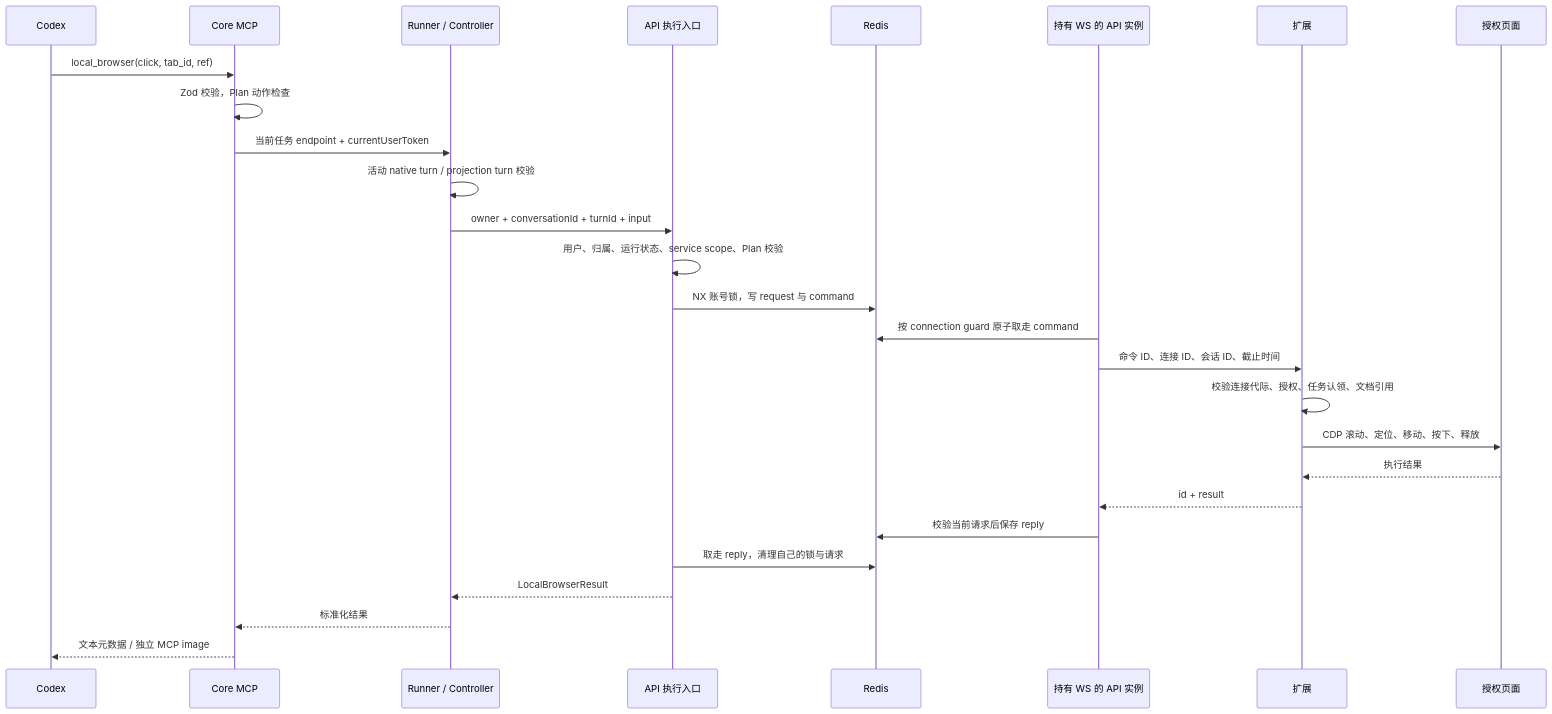
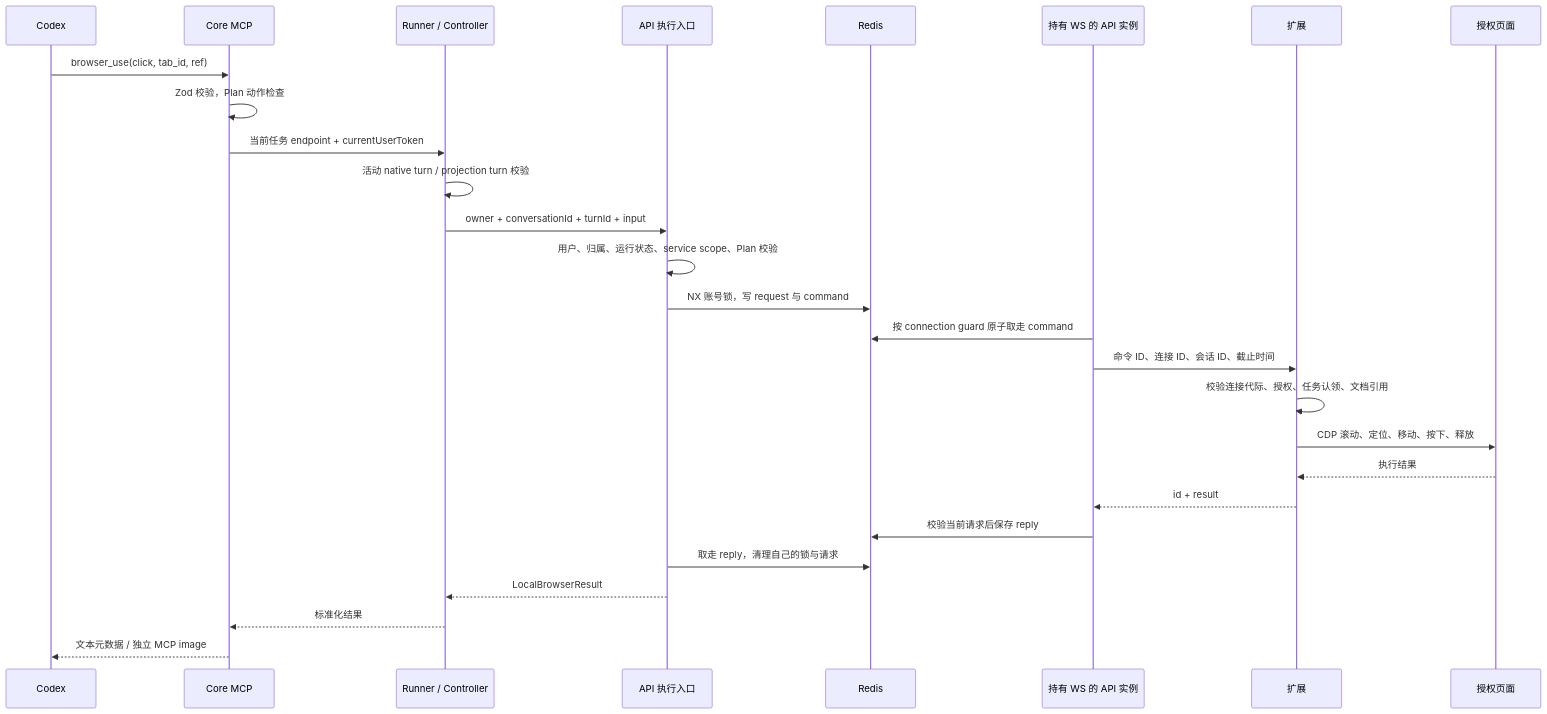
One commit to LingX-AI/LinkSense changed the third of 3 diagrams in docs/development/browser-use-implementation.md. Above: the diagram before and after it, drawn with Mermaid. The commit also changed other lines of this file and 1 other file, not shown here.

Commit message:
docs: document browser use rename compatibility

````diff
--- a/docs/development/browser-use-implementation.md
+++ b/docs/development/browser-use-implementation.md
@@ -455,30 +455,30 @@
 ```mermaid
 sequenceDiagram
     participant AI as Codex
     participant MCP as Core MCP
     participant Worker as Runner / Controller
     participant API as API 执行入口
     participant Redis as Redis
     participant Socket as 持有 WS 的 API 实例
     participant Ext as 扩展
     participant Page as 授权页面
 
-    AI->>MCP: local_browser(click, tab_id, ref)
+    AI->>MCP: browser_use(click, tab_id, ref)
     MCP->>MCP: Zod 校验，Plan 动作检查
     MCP->>Worker: 当前任务 endpoint + currentUserToken
     Worker->>Worker: 活动 native turn / projection turn 校验
     Worker->>API: owner + conversationId + turnId + input
     API->>API: 用户、归属、运行状态、service scope、Plan 校验
     API->>Redis: NX 账号锁，写 request 与 command
     Socket->>Redis: 按 connection guard 原子取走 command
     Socket->>Ext: 命令 ID、连接 ID、会话 ID、截止时间
     Ext->>Ext: 校验连接代际、授权、任务认领、文档引用
     Ext->>Page: CDP 滚动、定位、移动、按下、释放
     Page-->>Ext: 执行结果
     Ext-->>Socket: id + result
     Socket->>Redis: 校验当前请求后保存 reply
     API->>Redis: 取走 reply，清理自己的锁与请求
     API-->>Worker: LocalBrowserResult
     Worker-->>MCP: 标准化结果
     MCP-->>AI: 文本元数据 / 独立 MCP image
 ```
````
